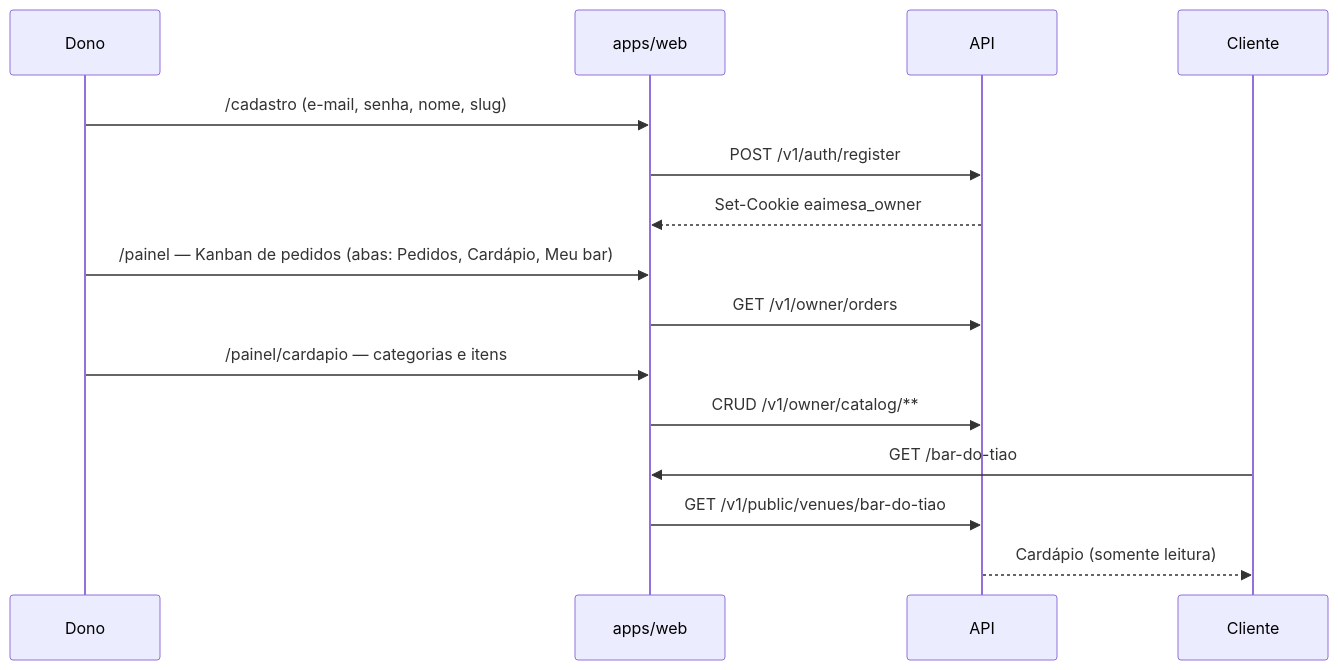
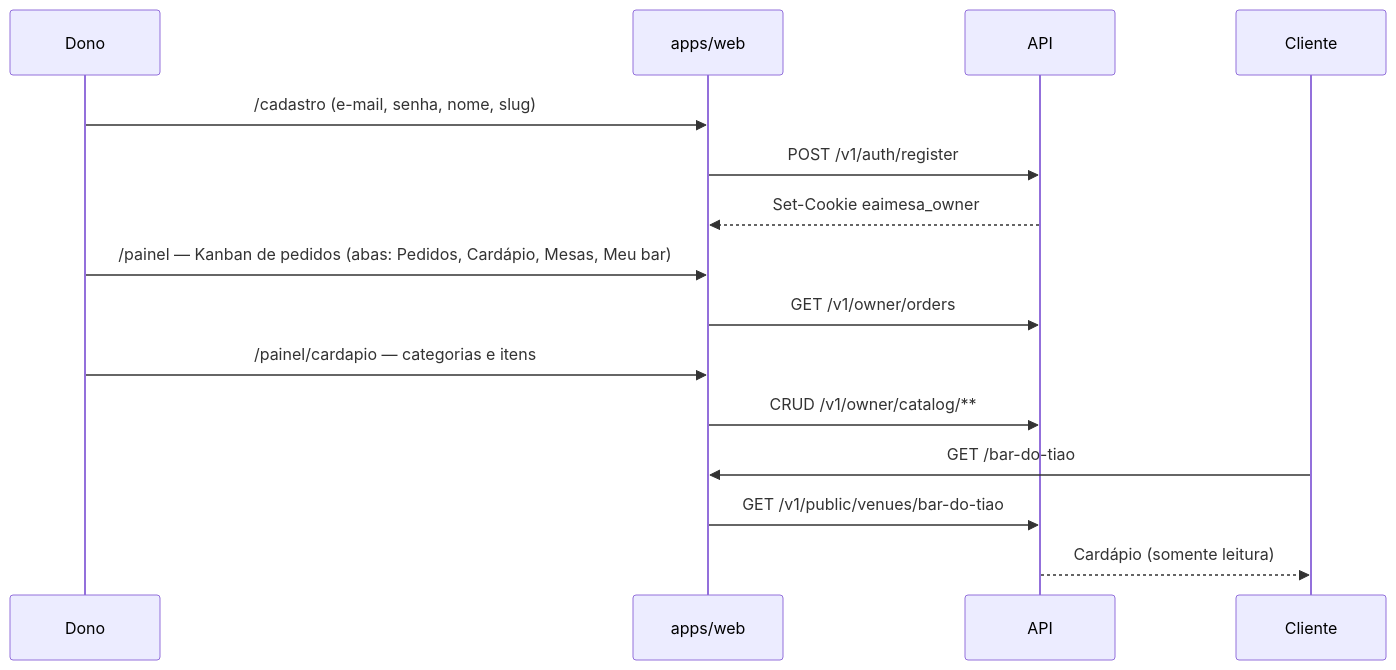
Before and after one commit to filiperamosds/eaimesa: the first of 4 diagrams in docs/product/fluxos.md, drawn with Mermaid. The commit also changed other lines of this file and 51 other files, not shown here.

````diff
--- a/docs/product/fluxos.md
+++ b/docs/product/fluxos.md
@@ -7,18 +7,18 @@
 ```mermaid
 sequenceDiagram
   participant D as Dono
   participant W as apps/web
   participant API as API
   participant C as Cliente
 
   D->>W: /cadastro (e-mail, senha, nome, slug)
   W->>API: POST /v1/auth/register
   API-->>W: Set-Cookie eaimesa_owner
-  D->>W: /painel — Kanban de pedidos (abas: Pedidos, Cardápio, Meu bar)
+  D->>W: /painel — Kanban de pedidos (abas: Pedidos, Cardápio, Mesas, Meu bar)
   W->>API: GET /v1/owner/orders
   D->>W: /painel/cardapio — categorias e itens
   W->>API: CRUD /v1/owner/catalog/**
   C->>W: GET /bar-do-tiao
   W->>API: GET /v1/public/venues/bar-do-tiao
   API-->>C: Cardápio (somente leitura)
 ```
````
